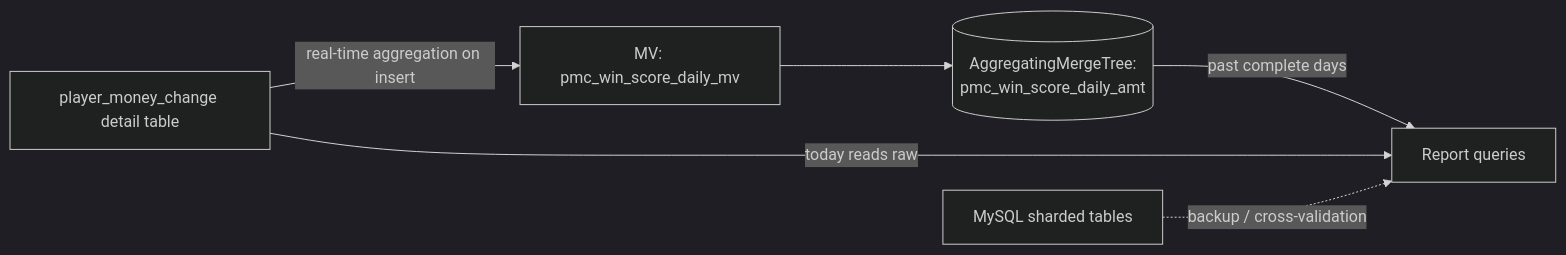
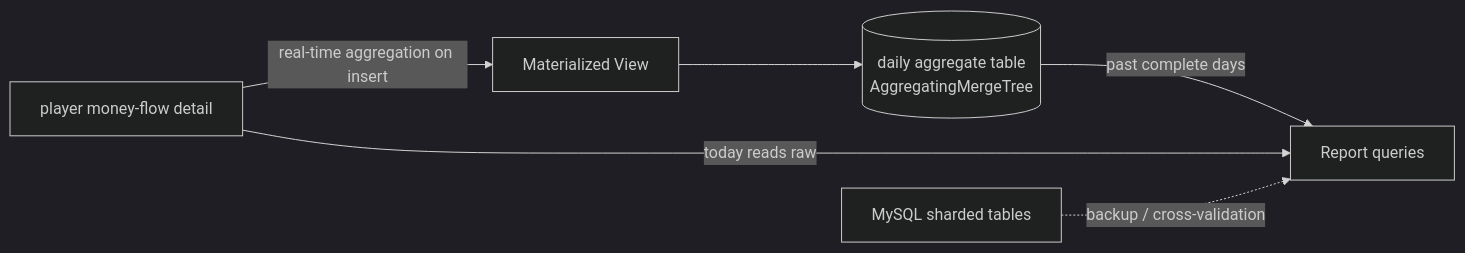
The diagram in src/content/projects-en/clickhouse-migration.md (leemengju/leemengju.github.io), drawn with Mermaid (dark theme) before and after one commit. The commit also changed other lines of this file and 1 other file, not shown here.

````diff
--- a/src/content/projects-en/clickhouse-migration.md
+++ b/src/content/projects-en/clickhouse-migration.md
@@ -24,8 +24,8 @@
 ```mermaid
 graph LR
-  A[player_money_change detail table] -->|real-time aggregation on insert| B[MV: pmc_win_score_daily_mv]
-  B --> C[(AggregatingMergeTree:<br/>pmc_win_score_daily_amt)]
+  A[player money-flow detail] -->|real-time aggregation on insert| B[Materialized View]
+  B --> C[(daily aggregate table<br/>AggregatingMergeTree)]
   C -->|past complete days| D[Report queries]
   A -->|today reads raw| D
   E[MySQL sharded tables] -.backup / cross-validation.-> D
 ```
````
